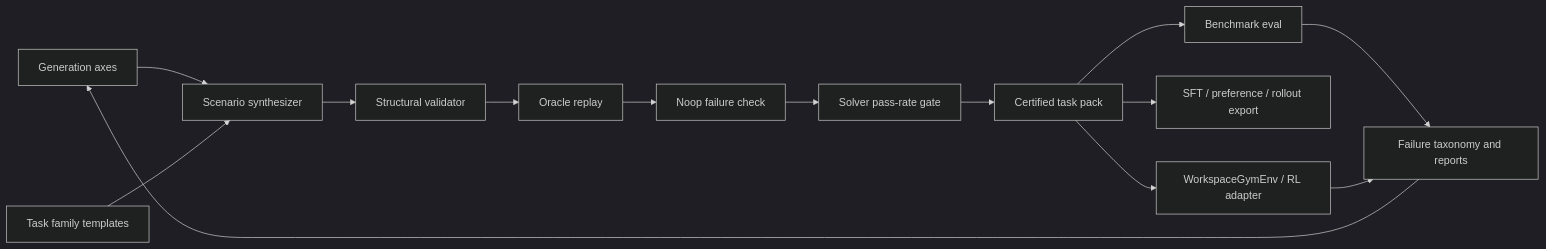
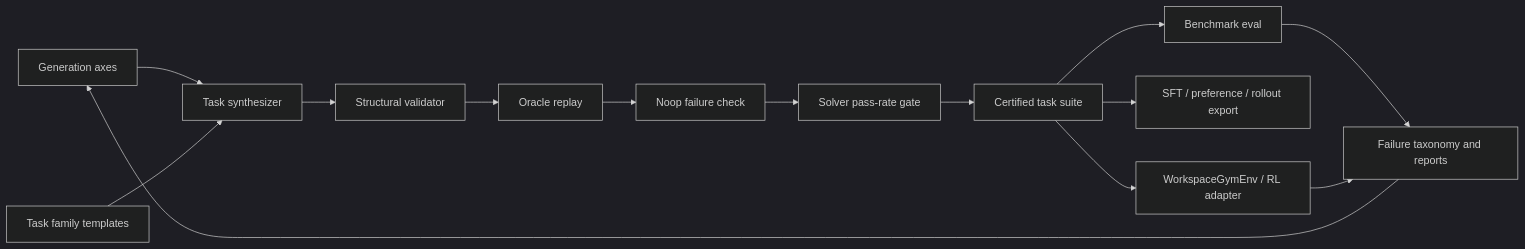
Before and after one commit to prajoria/openbb-workspace-bench: the diagram in docs/research-tmax-general-agent.md, drawn with Mermaid (dark theme). The commit also changed other lines of this file and 1125 other files, not shown here.

First line of the commit message:
Adopt industry vocabulary: task, suite, level, category

````diff
--- a/docs/research-tmax-general-agent.md
+++ b/docs/research-tmax-general-agent.md
@@ -539,16 +539,16 @@
 ```mermaid
 flowchart LR
-    Axes["Generation axes"] --> Synth["Scenario synthesizer"]
+    Axes["Generation axes"] --> Synth["Task synthesizer"]
     Families["Task family templates"] --> Synth
     Synth --> Structural["Structural validator"]
     Structural --> Oracle["Oracle replay"]
     Oracle --> Noop["Noop failure check"]
     Noop --> Gate["Solver pass-rate gate"]
-    Gate --> Pack["Certified task pack"]
+    Gate --> Pack["Certified task suite"]
     Pack --> Eval["Benchmark eval"]
     Pack --> Export["SFT / preference / rollout export"]
     Pack --> Env["WorkspaceGymEnv / RL adapter"]
     Eval --> Report["Failure taxonomy and reports"]
     Env --> Report
     Report --> Axes
 ```
````
